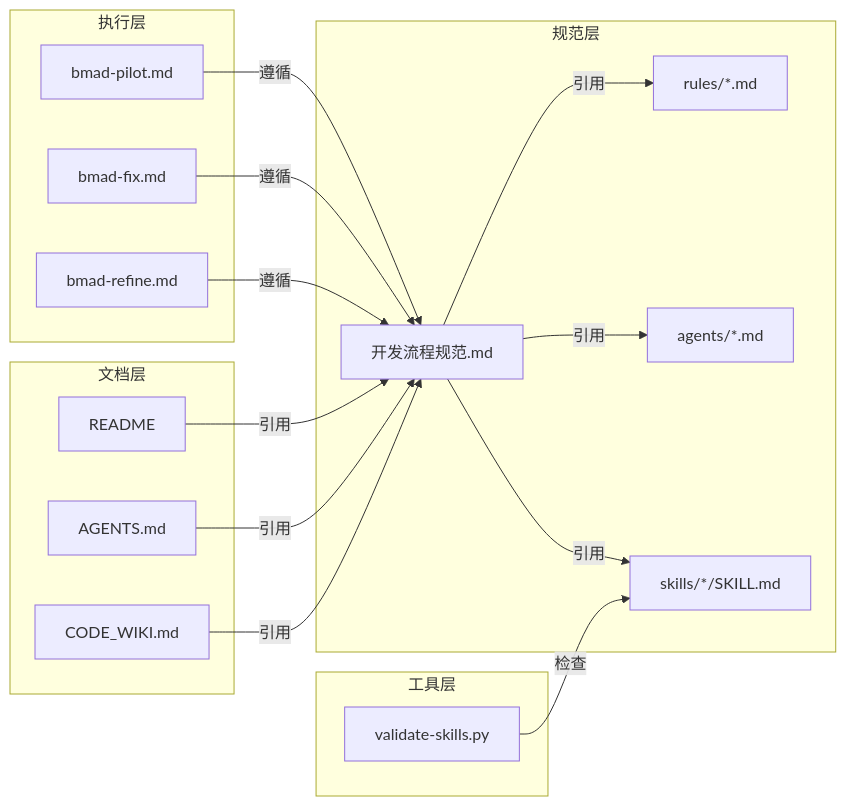
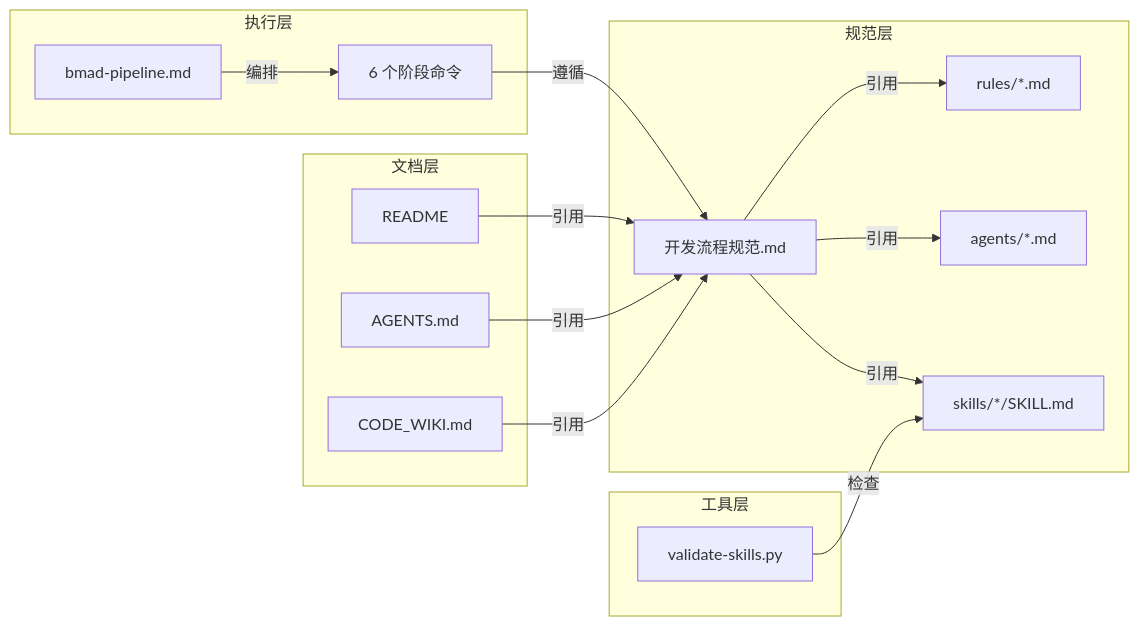
Before and after one commit to yecllsl/trae-agent-skills: the fifth of 5 diagrams in CODE_WIKI.md, drawn with Mermaid. The commit also changed other lines of this file and 8 other files, not shown here.

````diff
--- a/CODE_WIKI.md
+++ b/CODE_WIKI.md
@@ -420,24 +445,23 @@
 ```mermaid
 graph LR
     subgraph "规范层"
         SPEC[开发流程规范.md] -->|引用| RULES[rules/*.md]
         SPEC -->|引用| AGENTS_DEF[agents/*.md]
         SPEC -->|引用| SKILLS[skills/*/SKILL.md]
     end
 
     subgraph "执行层"
-        CMD1[bmad-pilot.md] -->|遵循| SPEC
-        CMD2[bmad-fix.md] -->|遵循| SPEC
-        CMD3[bmad-refine.md] -->|遵循| SPEC
+        PIPE[bmad-pipeline.md] -->|编排| PHASES[6 个阶段命令]
+        PHASES -->|遵循| SPEC
     end
 
     subgraph "文档层"
         README -->|引用| SPEC
         AGENTS_MD[AGENTS.md] -->|引用| SPEC
         WIKI[CODE_WIKI.md] -->|引用| SPEC
     end
 
     subgraph "工具层"
         VALIDATE[validate-skills.py] -->|检查| SKILLS
     end
 ```
````
